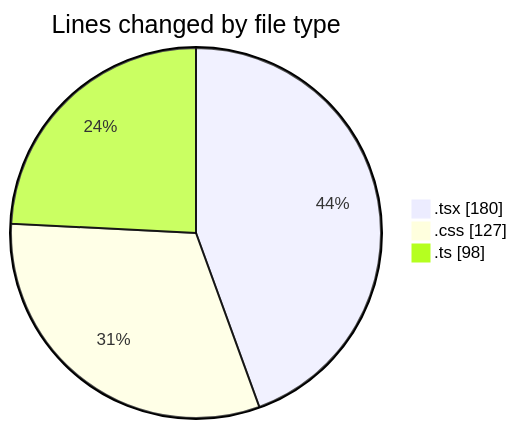
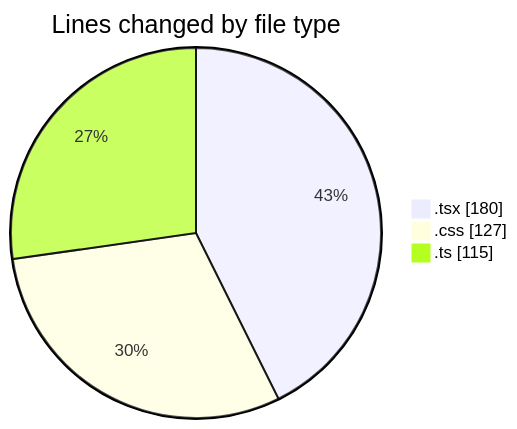
One commit to robertbonfada/code-tracking changed the first of 2 diagrams in 2025-01-09/mbc-web/README.md. Above: the diagram before and after it, drawn with Mermaid. The commit also changed other lines of this file and 1 other file, not shown here.

````diff
--- a/2025-01-09/mbc-web/README.md
+++ b/2025-01-09/mbc-web/README.md
@@ -29,7 +29,7 @@
 ```mermaid
 pie showData
 title Lines changed by file type
 ".tsx" : 180
 ".css" : 127
-".ts" : 98
+".ts" : 115
 ```
````
